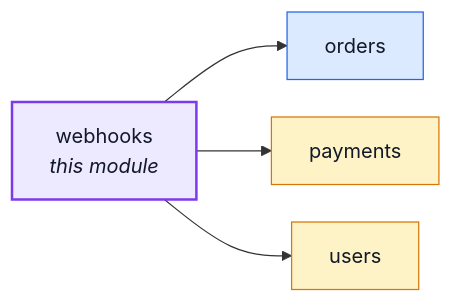
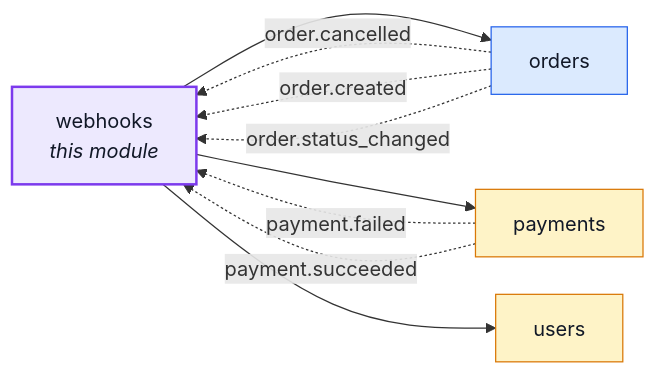
The second of 3 diagrams in docs/modules/webhooks.md (Guebbit/boilerplate-node-backend), drawn with Mermaid before and after one commit. The commit also changed 3 other files, not shown here.

First line of the commit message:
feat(docs): draw webhooks' event edges on the generated module graph

````diff
--- a/docs/modules/webhooks.md
+++ b/docs/modules/webhooks.md
@@ -58,20 +58,25 @@
 ```mermaid
 %%{init: {'flowchart': {'nodeSpacing': 30, 'rankSpacing': 60}}}%%
 flowchart LR
     webhooks["webhooks<br/><i>this module</i>"]
     orders["orders"]
     payments["payments"]
     users["users"]
 
     webhooks --> orders
     webhooks --> payments
     webhooks --> users
+    orders -. "order.cancelled" .-> webhooks
+    orders -. "order.created" .-> webhooks
+    orders -. "order.status_changed" .-> webhooks
+    payments -. "payment.failed" .-> webhooks
+    payments -. "payment.succeeded" .-> webhooks
 
     classDef core fill:#dbeafe,stroke:#2563eb,color:#111827;
     classDef supporting fill:#fef3c7,stroke:#d97706,color:#111827;
     classDef generic fill:#dcfce7,stroke:#16a34a,color:#111827;
     classDef centre fill:#ede9fe,stroke:#7c3aed,stroke-width:2px,color:#111827;
     class orders core;
     class payments,users supporting;
     class webhooks centre;
 ```
````
